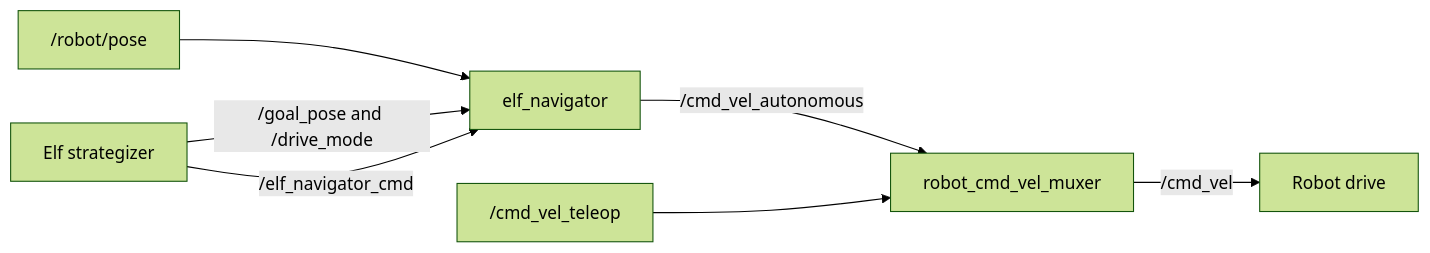
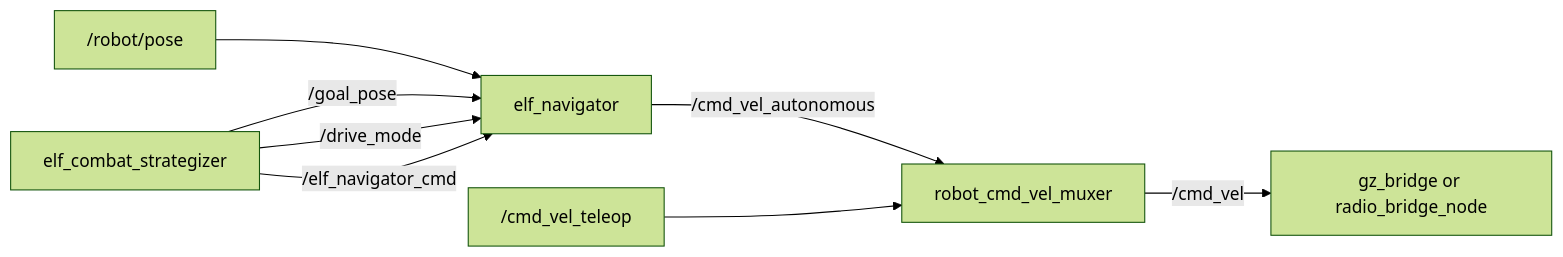
The second of 3 diagrams in docs/packages/robot_navigation.md (eubotx/robofetz_as), drawn with Mermaid (forest theme) before and after one commit. The commit also changed other lines of this file and 22 other files, not shown here.

````diff
--- a/docs/packages/robot_navigation.md
+++ b/docs/packages/robot_navigation.md
@@ -66,9 +66,10 @@
 ```mermaid
 flowchart LR
   Pose["/robot/pose"] --> Elf["elf_navigator"]
-  Strategy["Elf strategizer"] -->|"/goal_pose and /drive_mode"| Elf
+  Strategy["elf_combat_strategizer"] -->|"/goal_pose"| Elf
+  Strategy -->|"/drive_mode"| Elf
   Strategy -->|"/elf_navigator_cmd"| Elf
   Elf -->|"/cmd_vel_autonomous"| Mux["robot_cmd_vel_muxer"]
   Teleop["/cmd_vel_teleop"] --> Mux
-  Mux -->|"/cmd_vel"| Drive["Robot drive"]
+  Mux -->|"/cmd_vel"| Drive["gz_bridge or radio_bridge_node"]
 ```
````
